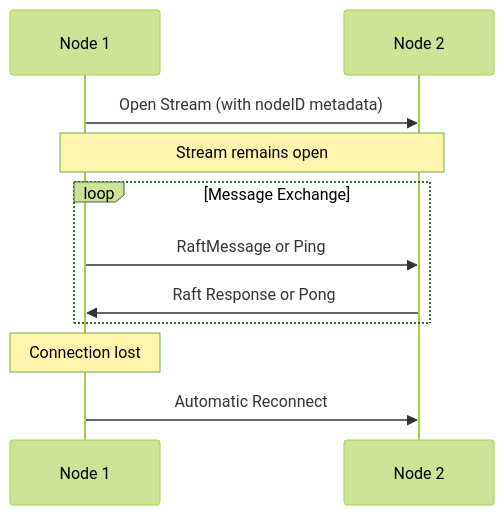
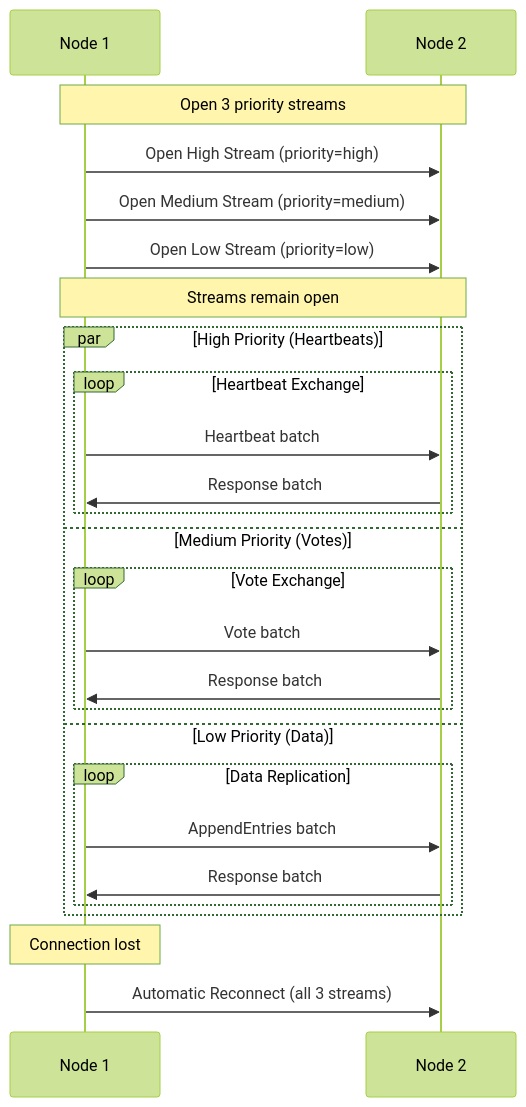
Before and after one commit to formancehq/ledger: the third of 5 diagrams in docs/grpc-connections.md, drawn with Mermaid (forest theme). The commit also changed other lines of this file and 14 other files, not shown here.

````diff
--- a/docs/grpc-connections.md
+++ b/docs/grpc-connections.md
@@ -92,16 +332,32 @@
 ```mermaid
 sequenceDiagram
     participant Node1 as Node 1
     participant Node2 as Node 2
     
-    Node1->>Node2: Open Stream (with nodeID metadata)
-    Note over Node1,Node2: Stream remains open
+    Note over Node1,Node2: Open 3 priority streams
+    Node1->>Node2: Open High Stream (priority=high)
+    Node1->>Node2: Open Medium Stream (priority=medium)
+    Node1->>Node2: Open Low Stream (priority=low)
     
-    loop Message Exchange
-        Node1->>Node2: RaftMessage or Ping
-        Node2->>Node1: Raft Response or Pong
+    Note over Node1,Node2: Streams remain open
+    
+    par High Priority (Heartbeats)
+        loop Heartbeat Exchange
+            Node1->>Node2: Heartbeat batch
+            Node2->>Node1: Response batch
+        end
+    and Medium Priority (Votes)
+        loop Vote Exchange
+            Node1->>Node2: Vote batch
+            Node2->>Node1: Response batch
+        end
+    and Low Priority (Data)
+        loop Data Replication
+            Node1->>Node2: AppendEntries batch
+            Node2->>Node1: Response batch
+        end
     end
     
     Note over Node1: Connection lost
-    Node1->>Node2: Automatic Reconnect
+    Node1->>Node2: Automatic Reconnect (all 3 streams)
 ```
````
